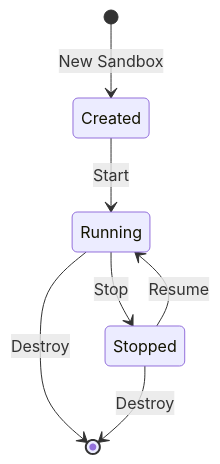
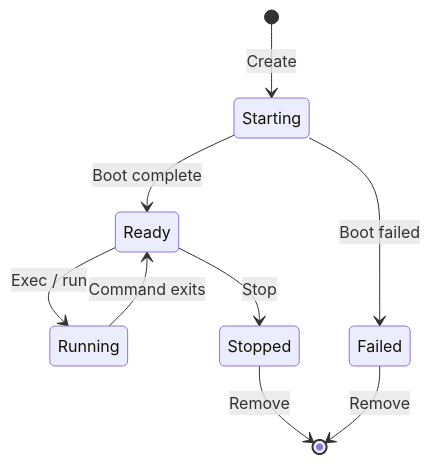
One commit to arcboxlabs/websites changed the diagram in content/docs/desktop/sandbox.mdx. Above: the diagram before and after it, drawn with Mermaid. The commit also changed other lines of this file and 39 other files, not shown here.

````diff
--- a/content/docs/desktop/sandbox.mdx
+++ b/content/docs/desktop/sandbox.mdx
@@ -22,9 +67,11 @@
 ```mermaid
 stateDiagram-v2
-    [*] --> Created: New Sandbox
-    Created --> Running: Start
-    Running --> Stopped: Stop
-    Stopped --> Running: Resume
-    Running --> [*]: Destroy
-    Stopped --> [*]: Destroy
+    [*] --> Starting: Create
+    Starting --> Ready: Boot complete
+    Ready --> Running: Exec / run
+    Running --> Ready: Command exits
+    Ready --> Stopped: Stop
+    Starting --> Failed: Boot failed
+    Stopped --> [*]: Remove
+    Failed --> [*]: Remove
 ```
````
